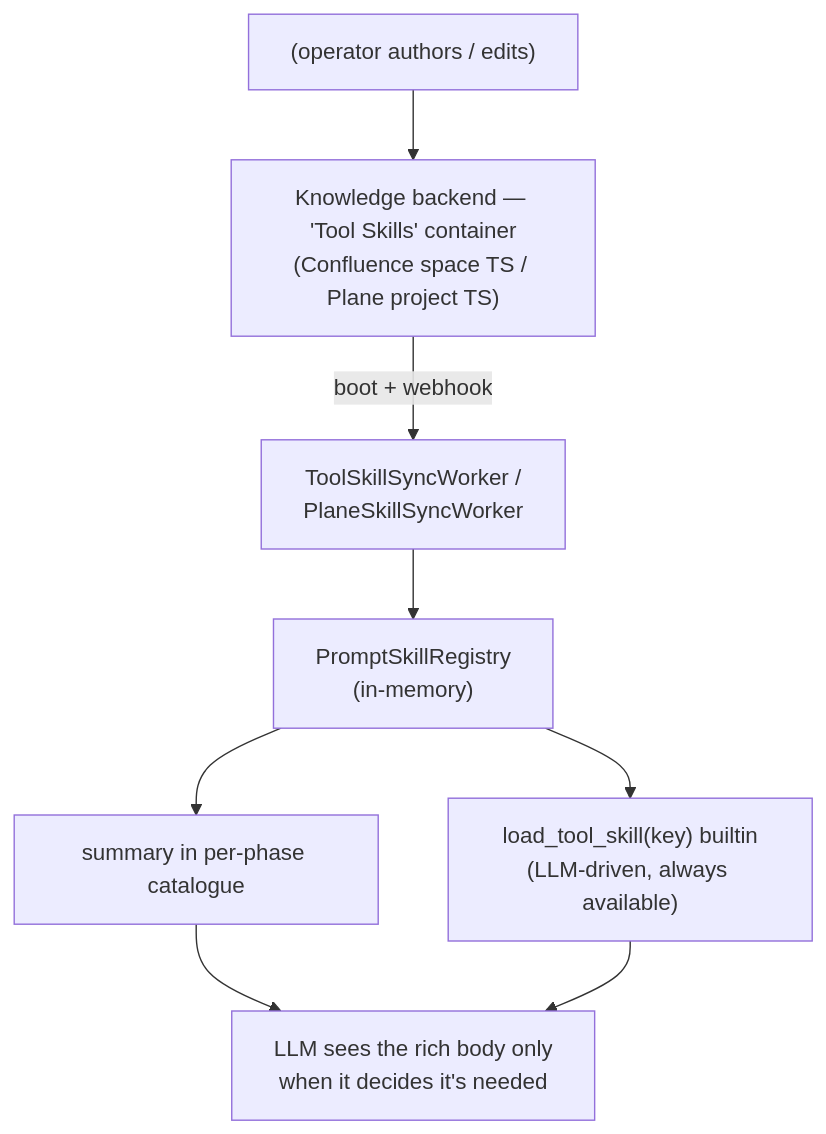
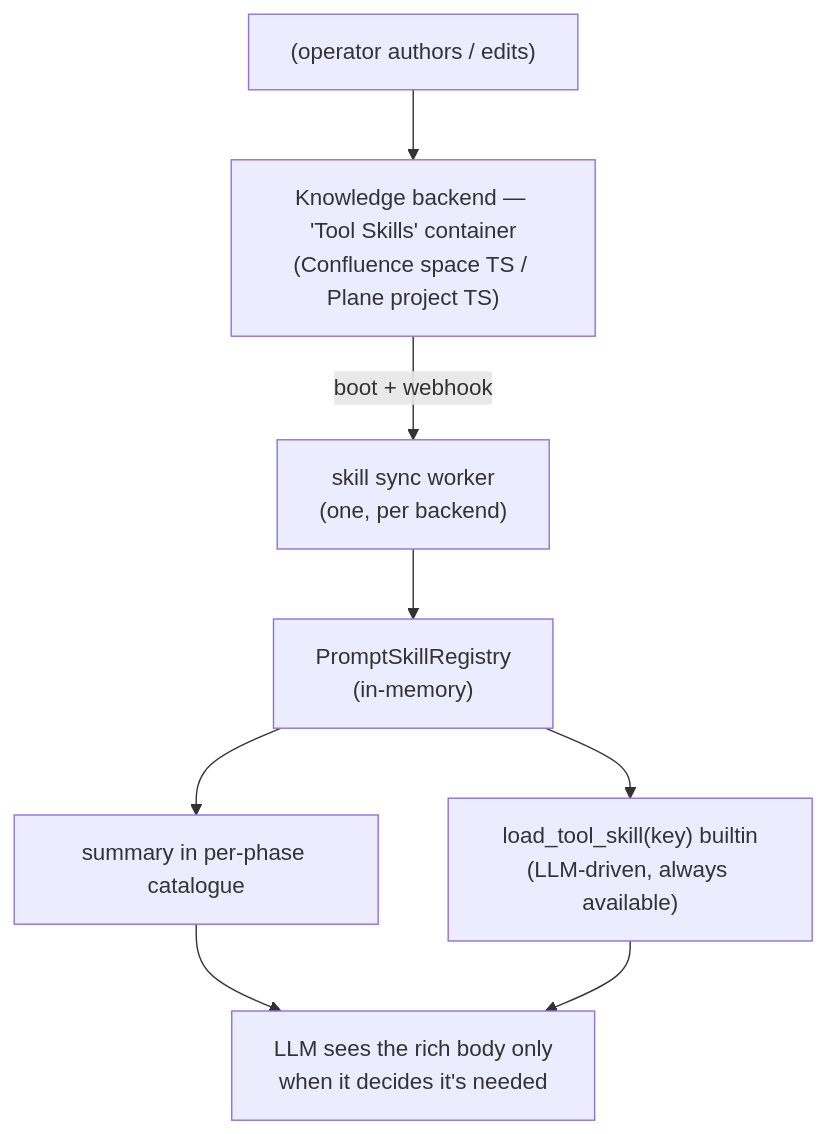
Before and after one commit to crewlet/crewlet: the diagram in docs/concepts/tool-skills.md, drawn with Mermaid. The commit also changed other lines of this file and 4 other files, not shown here.

````diff
--- a/docs/concepts/tool-skills.md
+++ b/docs/concepts/tool-skills.md
@@ -26,15 +26,15 @@
 ```mermaid
 flowchart TD
     OP["(operator authors / edits)"]
     KB["Knowledge backend — 'Tool Skills' container<br/>(Confluence space TS / Plane project TS)"]
-    SYNC["ToolSkillSyncWorker /<br/>PlaneSkillSyncWorker"]
+    SYNC["skill sync worker<br/>(one, per backend)"]
     REG["PromptSkillRegistry<br/>(in-memory)"]
     CAT["summary in per-phase catalogue"]
     LOAD["load_tool_skill(key) builtin<br/>(LLM-driven, always available)"]
     BODY["LLM sees the rich body only<br/>when it decides it's needed"]
     OP --> KB
     KB -->|"boot + webhook"| SYNC
     SYNC --> REG
     REG --> CAT --> BODY
     REG --> LOAD --> BODY
 ```
````
